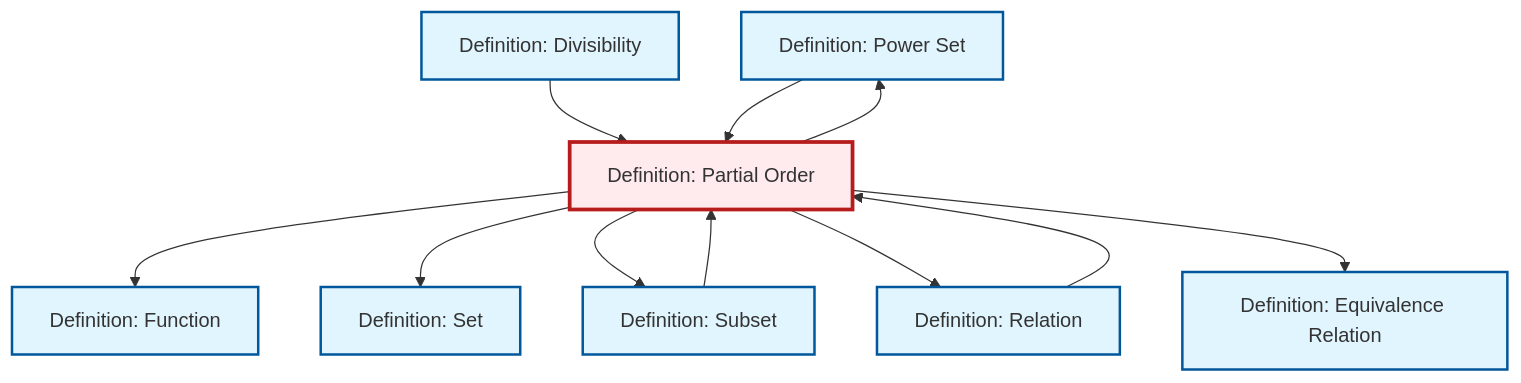
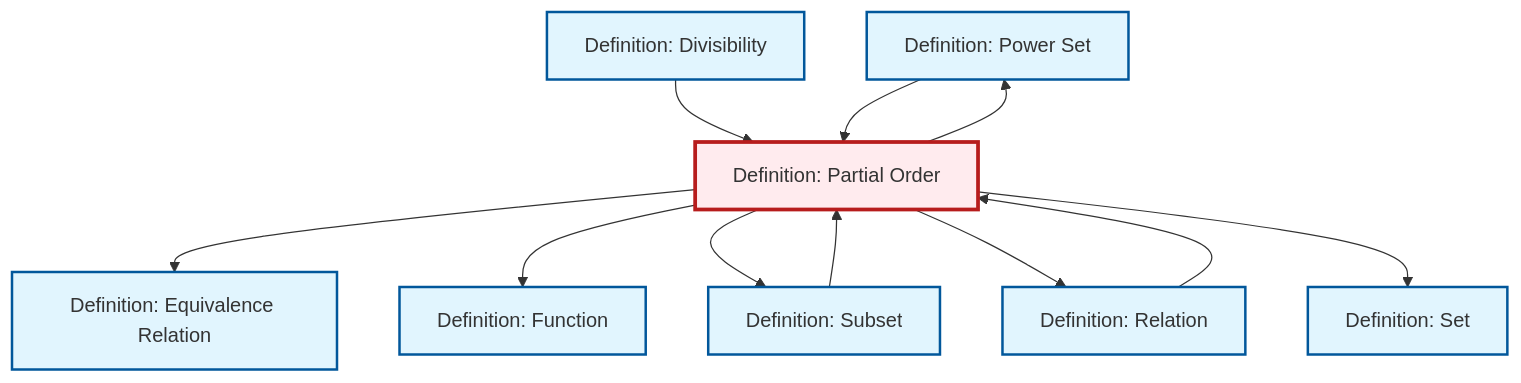
One commit to RK0429/ModernMath changed the diagram in content/ja/logic-set-theory/def-partial-order.qmd. Above: the diagram before and after it, drawn with Mermaid. The commit also changed other lines of this file and 654 other files, not shown here.

First line of the commit message:
fix: Update cross-references to equivalence relation in quotient ring definitions

````diff
--- a/content/ja/logic-set-theory/def-partial-order.qmd
+++ b/content/ja/logic-set-theory/def-partial-order.qmd
@@ -157,35 +157,35 @@
 ```{mermaid}
 %%| fig-cap: "Local dependency graph"
 graph TD
     classDef definition fill:#e1f5fe,stroke:#01579b,stroke-width:2px
     classDef theorem fill:#f3e5f5,stroke:#4a148c,stroke-width:2px
     classDef axiom fill:#fff3e0,stroke:#e65100,stroke-width:2px
     classDef example fill:#e8f5e9,stroke:#1b5e20,stroke-width:2px
     classDef current fill:#ffebee,stroke:#b71c1c,stroke-width:3px
+    def-set["Definition: Set"]:::definition
     def-power-set["Definition: Power Set"]:::definition
-    def-partial-order["Definition: Partial Order"]:::definition
+    def-divisibility["Definition: Divisibility"]:::definition
     def-equivalence-relation["Definition: Equivalence Relation"]:::definition
     def-subset["Definition: Subset"]:::definition
-    def-divisibility["Definition: Divisibility"]:::definition
+    def-relation["Definition: Relation"]:::definition
     def-function["Definition: Function"]:::definition
-    def-relation["Definition: Relation"]:::definition
-    def-set["Definition: Set"]:::definition
+    def-partial-order["Definition: Partial Order"]:::definition
+    def-partial-order --> def-equivalence-relation
+    def-divisibility --> def-partial-order
+    def-partial-order --> def-power-set
     def-partial-order --> def-function
-    def-partial-order --> def-set
-    def-subset --> def-partial-order
-    def-divisibility --> def-partial-order
+    def-power-set --> def-partial-order
     def-relation --> def-partial-order
     def-partial-order --> def-subset
+    def-subset --> def-partial-order
     def-partial-order --> def-relation
-    def-partial-order --> def-equivalence-relation
-    def-power-set --> def-partial-order
-    def-partial-order --> def-power-set
+    def-partial-order --> def-set
     class def-partial-order current
+    click def-set "def-set.html" "Definition: Setへ"
     click def-power-set "def-power-set.html" "Definition: Power Setへ"
+    click def-divisibility "def-divisibility.html" "Definition: Divisibilityへ"
     click def-equivalence-relation "def-equivalence-relation.html" "Definition: Equivalence Relationへ"
     click def-subset "def-subset.html" "Definition: Subsetへ"
-    click def-divisibility "def-divisibility.html" "Definition: Divisibilityへ"
+    click def-relation "def-relation.html" "Definition: Relationへ"
     click def-function "def-function.html" "Definition: Functionへ"
-    click def-relation "def-relation.html" "Definition: Relationへ"
-    click def-set "def-set.html" "Definition: Setへ"
 ```
````
